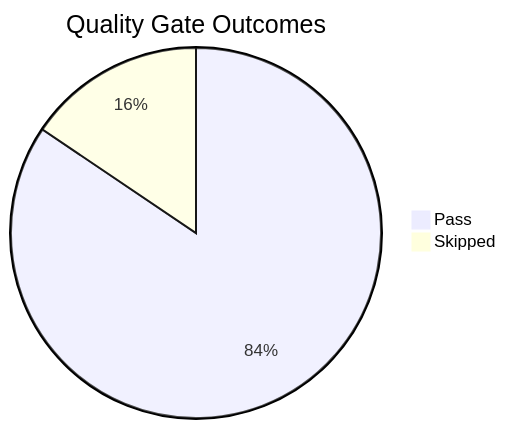
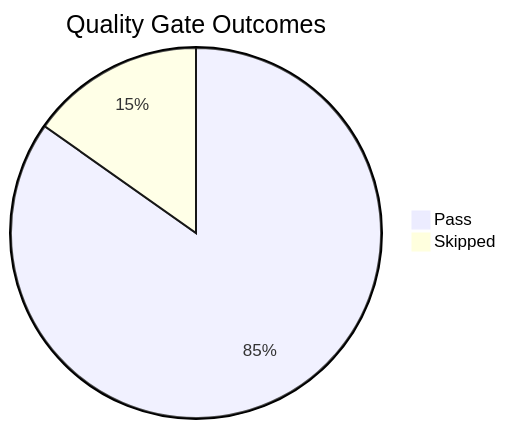
The diagram in docs/meta/golden-status.md (yeongseon/azure-app-service-practical-guide), drawn with Mermaid before and after one commit. The commit also changed other lines of this file and 5 other files, not shown here.

````diff
--- a/docs/meta/golden-status.md
+++ b/docs/meta/golden-status.md
@@ -44,5 +44,5 @@
 ```mermaid
 pie title Quality Gate Outcomes
-    "Pass" : 38
+    "Pass" : 39
     "Skipped" : 7
 ```
````
